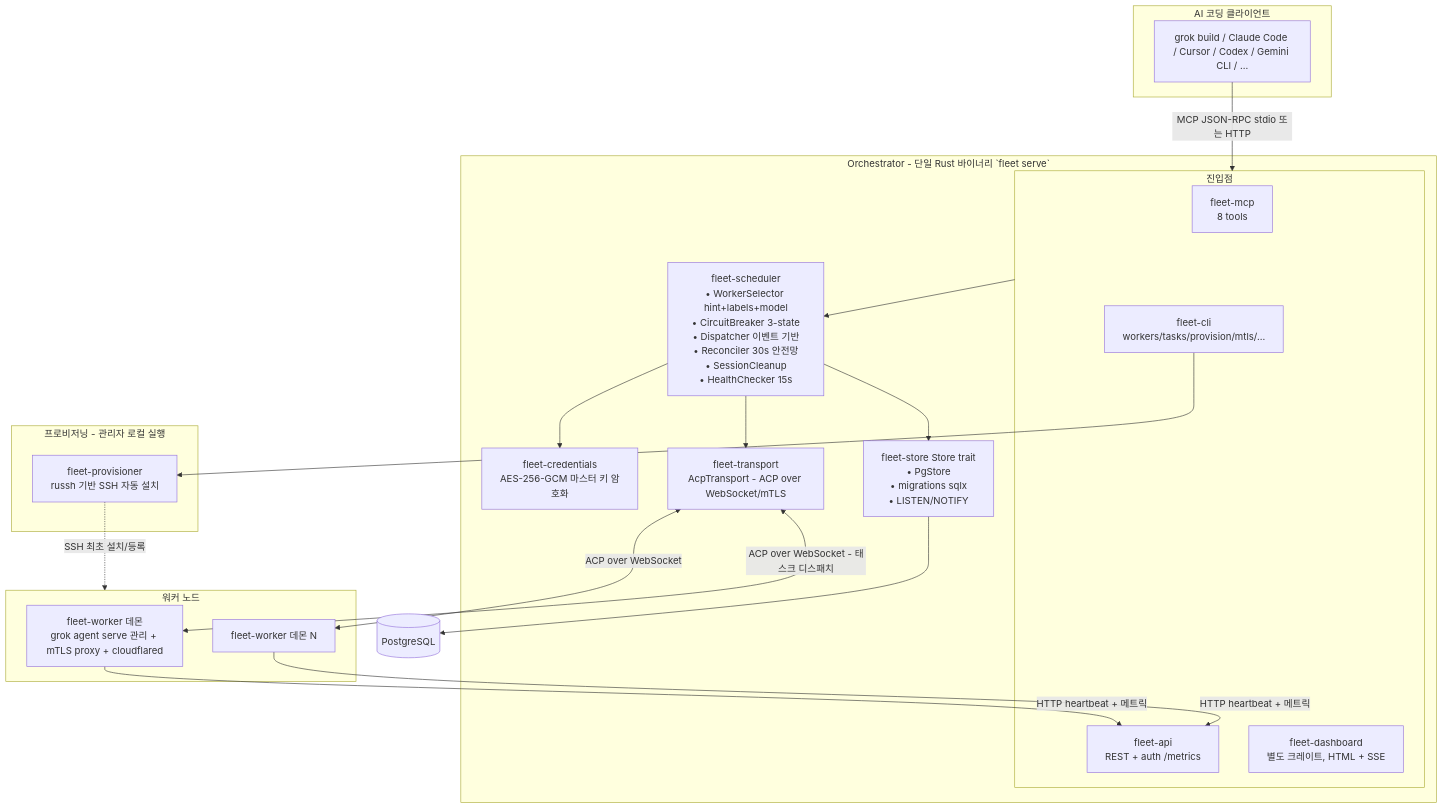
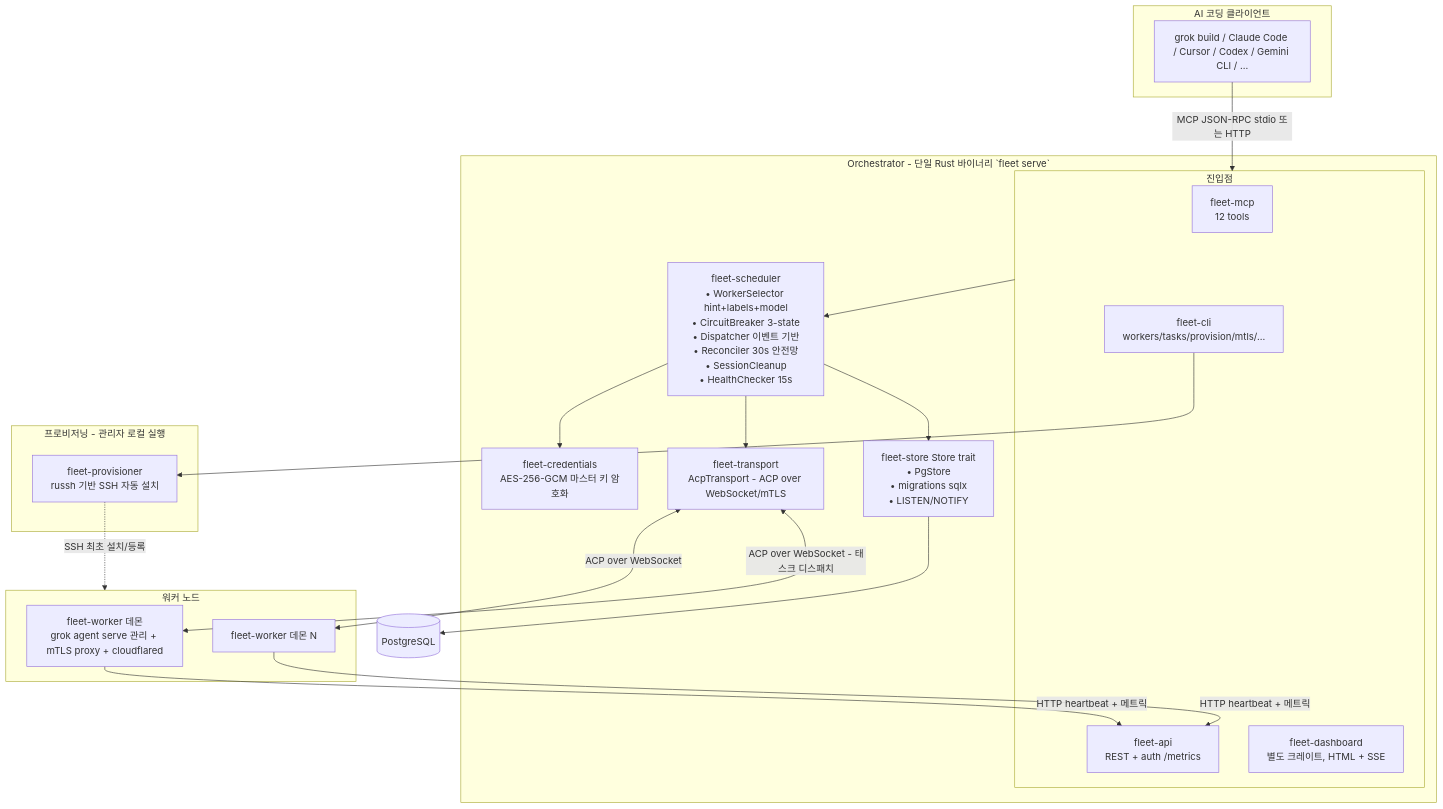
Before and after one commit to yarang/grok-fleet-orchestrator: the diagram in docs/assets/diagrams/architecture/system-architecture-flow.mermaid, drawn with Mermaid. The commit also changed 10 other files, not shown here.

First line of the commit message:
docs: reflect new MCP tool count (8→12) across architecture/bootstrap docs

```diff
--- a/docs/assets/diagrams/architecture/system-architecture-flow.mermaid
+++ b/docs/assets/diagrams/architecture/system-architecture-flow.mermaid
@@ -1,44 +1,44 @@
 graph TD
     subgraph Clients [AI 코딩 클라이언트]
         Client[grok build / Claude Code / Cursor / Codex / Gemini CLI / ...]
     end
 
     subgraph Orchestrator [Orchestrator - 단일 Rust 바이너리 `fleet serve`]
         subgraph Components [진입점]
-            MCP[fleet-mcp<br/>8 tools]
+            MCP[fleet-mcp<br/>12 tools]
             API[fleet-api<br/>REST + auth /metrics]
             Dash[fleet-dashboard<br/>별도 크레이트, HTML + SSE]
             CLI[fleet-cli<br/>workers/tasks/provision/mtls/...]
         end
 
         Scheduler[fleet-scheduler<br/>• WorkerSelector hint+labels+model<br/>• CircuitBreaker 3-state<br/>• Dispatcher 이벤트 기반<br/>• Reconciler 30s 안전망<br/>• SessionCleanup<br/>• HealthChecker 15s]
         Transport[fleet-transport<br/>AcpTransport - ACP over WebSocket/mTLS]
         Credentials[fleet-credentials<br/>AES-256-GCM 마스터 키 암호화]
         Store[fleet-store Store trait<br/>• PgStore<br/>• migrations sqlx<br/>• LISTEN/NOTIFY]
 
         Components --> Scheduler
         Scheduler --> Store
         Scheduler --> Transport
         Scheduler --> Credentials
     end
 
     DB[(PostgreSQL)]
 
     Client -->|MCP JSON-RPC stdio 또는 HTTP| Components
     Store --> DB
 
     subgraph Provisioning [프로비저닝 - 관리자 로컬 실행]
         Provisioner[fleet-provisioner<br/>russh 기반 SSH 자동 설치]
     end
     CLI --> Provisioner
 
     subgraph Workers [워커 노드]
         WorkerA["fleet-worker 데몬<br/>grok agent serve 관리 + mTLS proxy + cloudflared"]
         WorkerN[fleet-worker 데몬 N]
     end
 
     Provisioner -.->|SSH 최초 설치/등록| Workers
     Transport <-->|ACP over WebSocket - 태스크 디스패치| WorkerA
     Transport <-->|ACP over WebSocket| WorkerN
     WorkerA -->|HTTP heartbeat + 메트릭| API
     WorkerN -->|HTTP heartbeat + 메트릭| API
```
